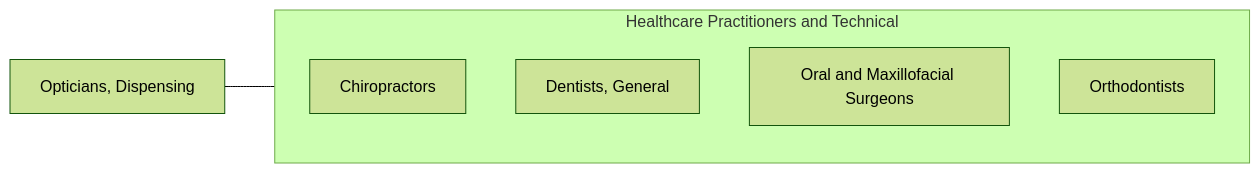
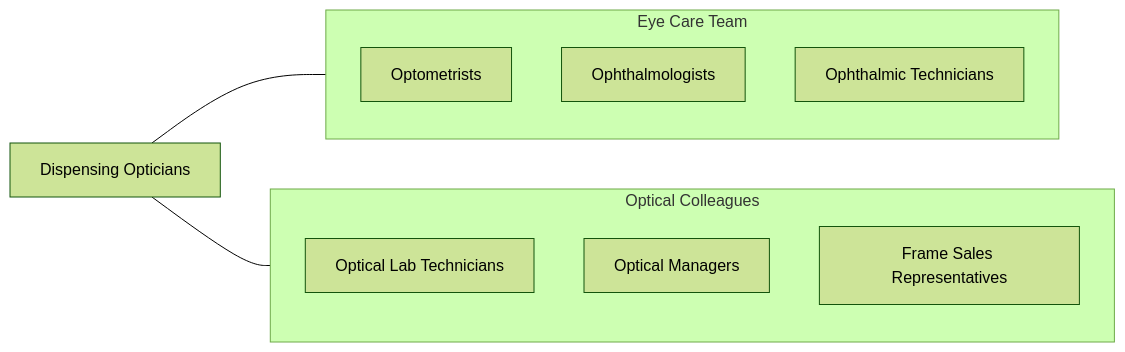
Before and after one commit to kziemski/business.org.ai: the fourth of 4 diagrams in occupations/HealthcarePractitioners/OpticiansDispensing.mdx, drawn with Mermaid (forest theme). The commit also changed other lines of this file and 938 other files, not shown here.

````diff
--- a/occupations/HealthcarePractitioners/OpticiansDispensing.mdx
+++ b/occupations/HealthcarePractitioners/OpticiansDispensing.mdx
@@ -108,13 +182,19 @@
 ```mermaid
 graph LR
-    Current["Opticians, Dispensing"]
+    Current["Dispensing Opticians"]
 
-    subgraph SameCategory["Healthcare Practitioners and Technical"]
-        Chiropractors["Chiropractors"]
-        DentistsGeneral["Dentists, General"]
-        OralAndMaxillofacial["Oral and Maxillofacial Surgeons"]
-        Orthodontists["Orthodontists"]
+    subgraph EyeTeam["Eye Care Team"]
+        Optometrists["Optometrists"]
+        Ophthalmologists["Ophthalmologists"]
+        OphthTechs["Ophthalmic Technicians"]
     end
 
-    Current --- SameCategory
+    subgraph OpticalTeam["Optical Colleagues"]
+        LabTechs["Optical Lab Technicians"]
+        OpticalManagers["Optical Managers"]
+        FrameReps["Frame Sales Representatives"]
+    end
+
+    Current --- EyeTeam
+    Current --- OpticalTeam
 ```
````
